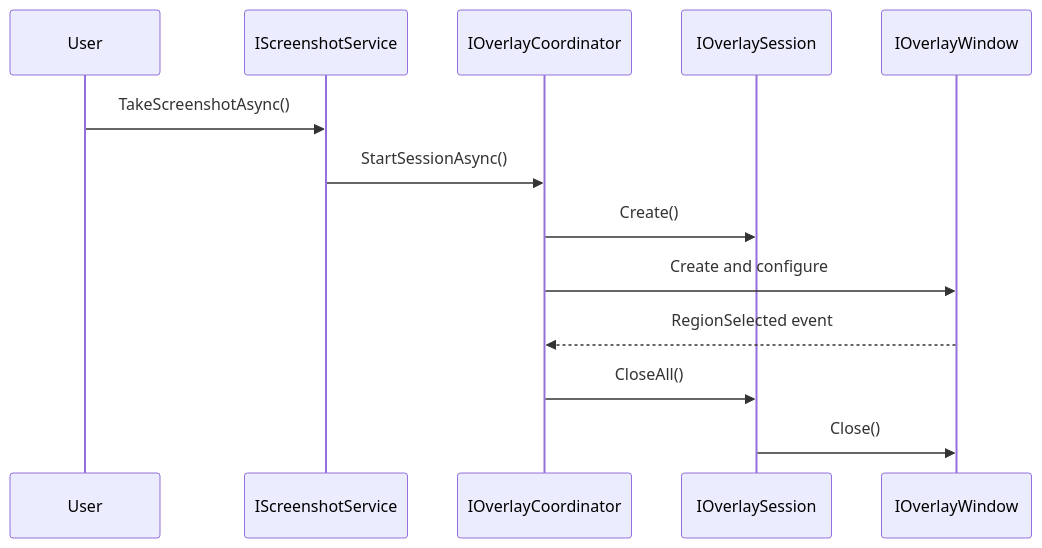
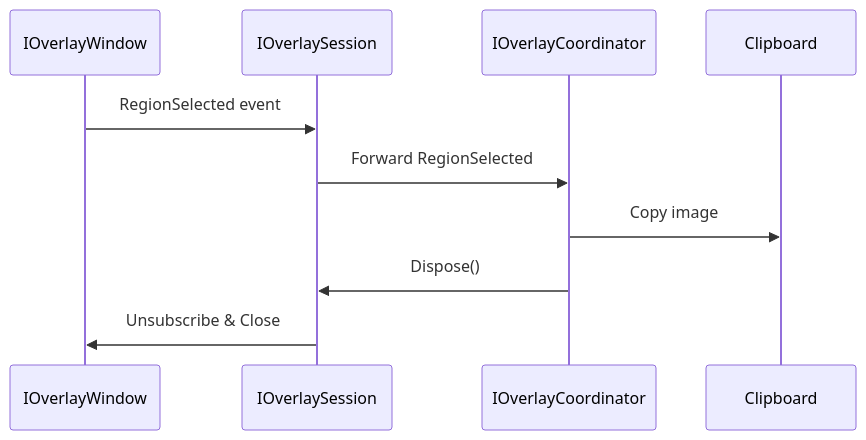
The second of 2 diagrams in docs/overlay-system-architecture.md (AGIBuild/AGI.Kapster), drawn with Mermaid before and after one commit. The commit also changed other lines of this file and 11 other files, not shown here.

First line of the commit message:
refactor: Session architecture - eliminate over-engineering and simplify event management

````diff
--- a/docs/overlay-system-architecture.md
+++ b/docs/overlay-system-architecture.md
@@ -174,16 +206,13 @@
 ```mermaid
 sequenceDiagram
-    participant User
-    participant Service as IScreenshotService
+    participant Window as IOverlayWindow
+    participant Session as IOverlaySession
     participant Coord as IOverlayCoordinator
-    participant Session as IOverlaySession
-    participant Window as IOverlayWindow
+    participant Clipboard
     
-    User->>Service: TakeScreenshotAsync()
-    Service->>Coord: StartSessionAsync()
-    Coord->>Session: Create()
-    Coord->>Window: Create and configure
-    Window-->>Coord: RegionSelected event
-    Coord->>Session: CloseAll()
-    Session->>Window: Close()
+    Window->>Session: RegionSelected event
+    Session->>Coord: Forward RegionSelected
+    Coord->>Clipboard: Copy image
+    Coord->>Session: Dispose()
+    Session->>Window: Unsubscribe & Close
 ```
````
